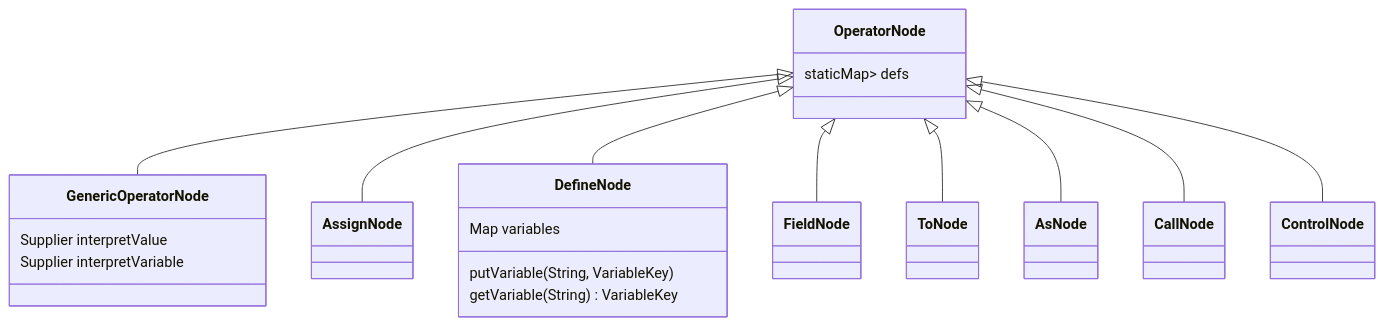
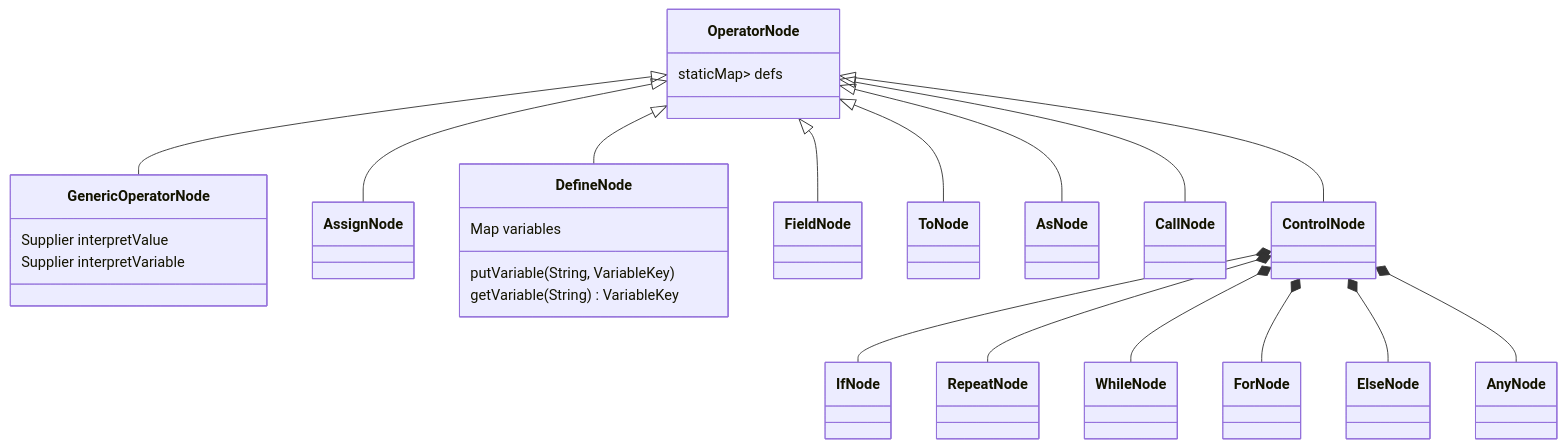
Before and after one commit to Jzhyang1/Monomer: the third of 5 diagrams in Implementation.md, drawn with Mermaid. The commit also changed other lines of this file, not shown here.

Commit message:
Implementation.md updated from https://stackedit.io/

````diff
--- a/Implementation.md
+++ b/Implementation.md
@@ -150,21 +150,26 @@
 ```mermaid
 classDiagram
 OperatorNode <|-- GenericOperatorNode
 OperatorNode <|-- AssignNode
 OperatorNode <|-- DefineNode
 OperatorNode <|-- FieldNode
 OperatorNode <|-- ToNode
 OperatorNode <|-- AsNode
 OperatorNode <|-- CallNode
 OperatorNode <|-- ControlNode
-ControlNode 
+ControlNode *-- IfNode
+ControlNode *-- RepeatNode
+ControlNode *-- WhileNode
+ControlNode *-- ForNode
+ControlNode *-- ElseNode
+ControlNode *-- AnyNode
 
 OperatorNode: staticMap<String,Supplier<OperatorNode>> defs
 
 GenericOperatorNode: Supplier<InterpretValue> interpretValue
 GenericOperatorNode: Supplier<InterpretVariable> interpretVariable
 
 DefineNode: Map<String,VariableKey> variables
 DefineNode: putVariable(String, VariableKey)
 DefineNode: getVariable(String) VariableKey
 ```
````
